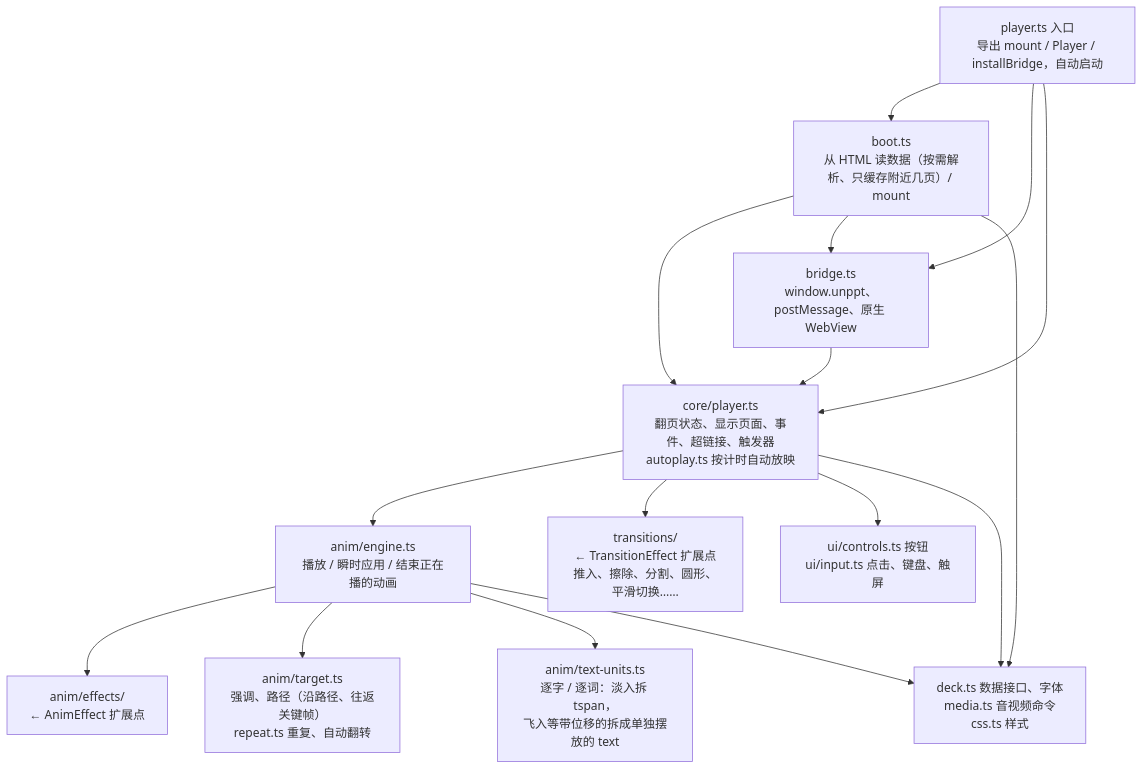
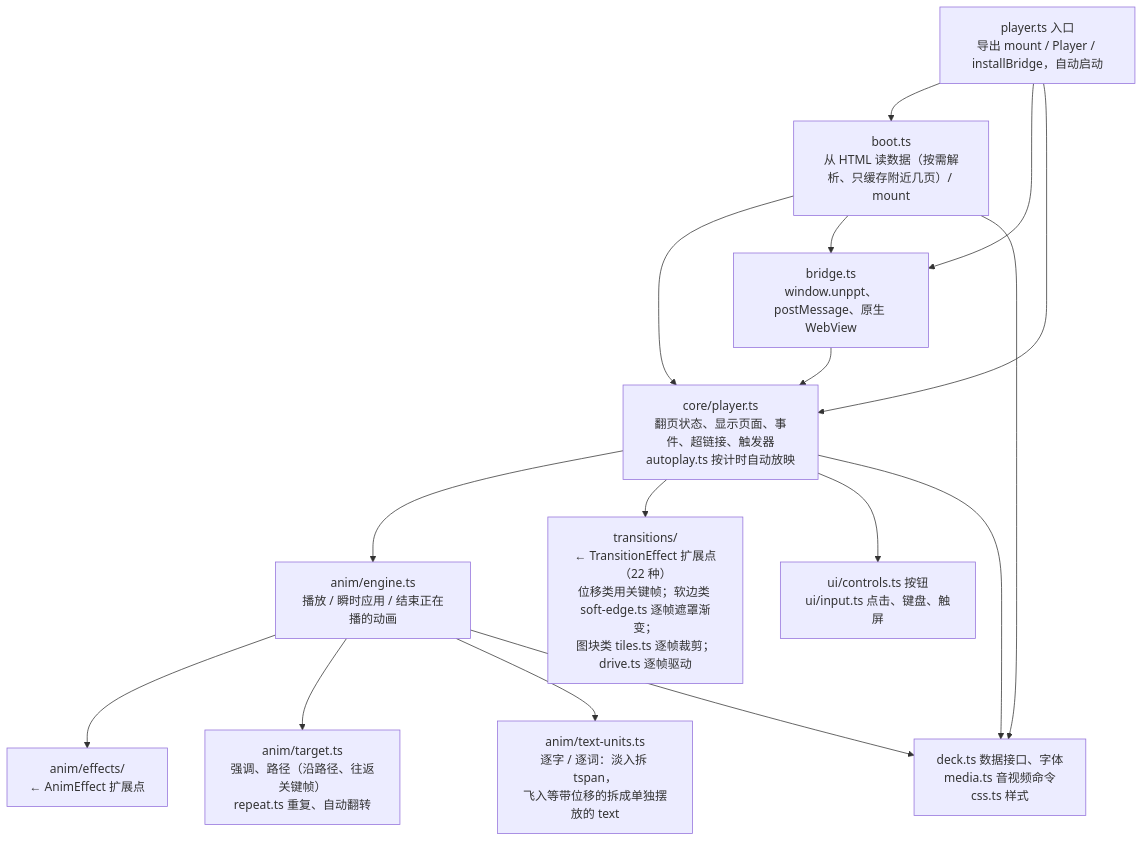
One commit to spitmaster/unppt changed the third of 5 diagrams in docs/architecture.md. Above: the diagram before and after it, drawn with Mermaid. The commit also changed other lines of this file and 71 other files, not shown here.

````diff
--- a/docs/architecture.md
+++ b/docs/architecture.md
@@ -71,19 +71,19 @@
 ```mermaid
 flowchart TB
   entry["player.ts 入口<br/>导出 mount / Player / installBridge，自动启动"]
   boot["boot.ts<br/>从 HTML 读数据（按需解析、只缓存附近几页）/ mount"]
   bridge["bridge.ts<br/>window.unppt、postMessage、原生 WebView"]
   core["core/player.ts<br/>翻页状态、显示页面、事件、超链接、触发器<br/>autoplay.ts 按计时自动放映"]
   engine["anim/engine.ts<br/>播放 / 瞬时应用 / 结束正在播的动画"]
   effects["anim/effects/<br/>← AnimEffect 扩展点"]
   target["anim/target.ts<br/>强调、路径（沿路径、往返关键帧）<br/>repeat.ts 重复、自动翻转"]
   units["anim/text-units.ts<br/>逐字 / 逐词：淡入拆 tspan，<br/>飞入等带位移的拆成单独摆放的 text"]
-  trans["transitions/<br/>← TransitionEffect 扩展点<br/>推入、擦除、分割、圆形、平滑切换……"]
+  trans["transitions/<br/>← TransitionEffect 扩展点（22 种）<br/>位移类用关键帧；软边类 soft-edge.ts 逐帧遮罩渐变；<br/>图块类 tiles.ts 逐帧裁剪；drive.ts 逐帧驱动"]
   ui["ui/controls.ts 按钮<br/>ui/input.ts 点击、键盘、触屏"]
   deck["deck.ts 数据接口、字体<br/>media.ts 音视频命令<br/>css.ts 样式"]
   entry --> boot & bridge & core
   boot --> core & bridge & deck
   bridge --> core
   core --> engine & trans & ui & deck
   engine --> effects & target & units & deck
 ```
````
